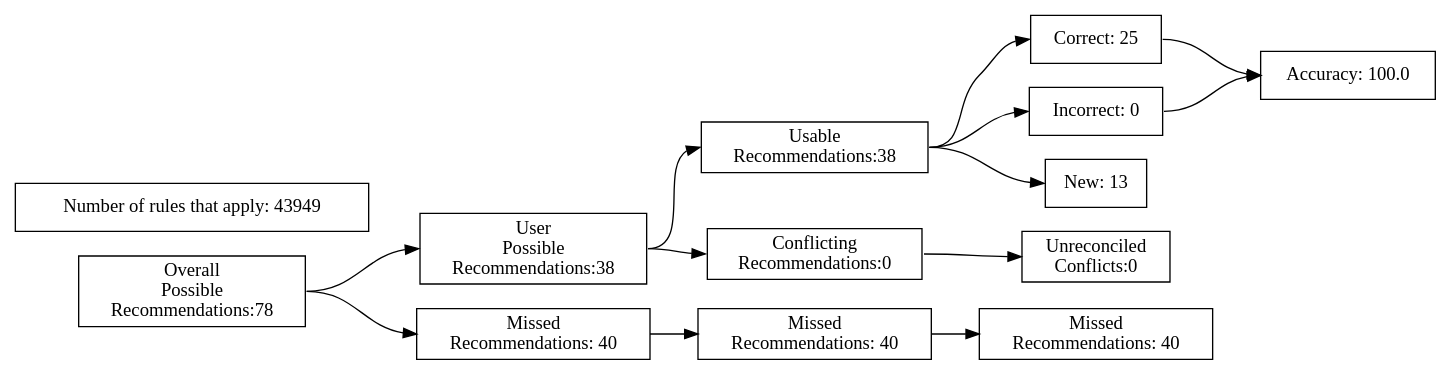
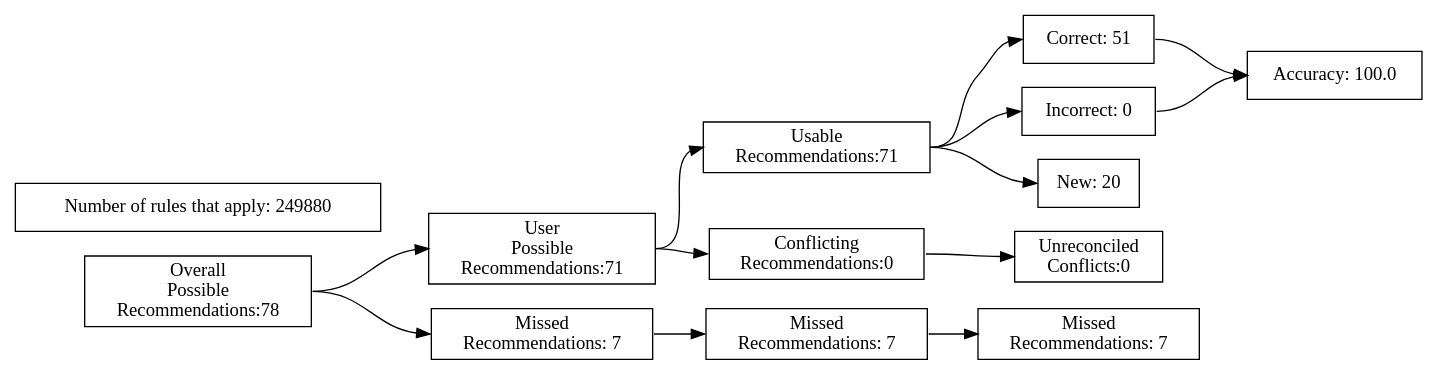
One commit to ZaxR/ibd_diet_analysis changed the diagram in test_renders/86.gv. Above: the diagram before and after it, drawn with Graphviz. The commit also changed 226 other files, not shown here.

Commit message:
Add model rule chart; fix typos

```diff
--- a/test_renders/86.gv
+++ b/test_renders/86.gv
@@ -1,40 +1,40 @@
 digraph {
 	graph [rankdir=LR]
 	node [pos=r shape=box]
 	edge [headport=w tailport=e]
 		A [label="Overall
 Possible
 Recommendations:78"]
 		B [label="User
 Possible
-Recommendations:38"]
+Recommendations:71"]
 		C [label="Missed
-Recommendations: 40"]
+Recommendations: 7"]
 		D [label="Usable
-Recommendations:38"]
+Recommendations:71"]
 		E [label="Conflicting
 Recommendations:0"]
 		J [label="Missed
-Recommendations: 40"]
+Recommendations: 7"]
 		M [label="Unreconciled
 Conflicts:0"]
-		F [label="Correct: 25"]
+		F [label="Correct: 51"]
 		G [label="Incorrect: 0"]
-		H [label="New: 13"]
+		H [label="New: 20"]
 		K [label="Missed
-Recommendations: 40"]
+Recommendations: 7"]
 		I [label="Accuracy: 100.0"]
-		l [label="Number of rules that apply: 43949"]
+		l [label="Number of rules that apply: 249880"]
 			A -> B
 			A -> C
 			B -> D
 			B -> E
 			D -> F
 			D -> G
 			D -> H
 			F -> I
 			G -> I
 			C -> J
 			J -> K
 			E -> M
 }
```
